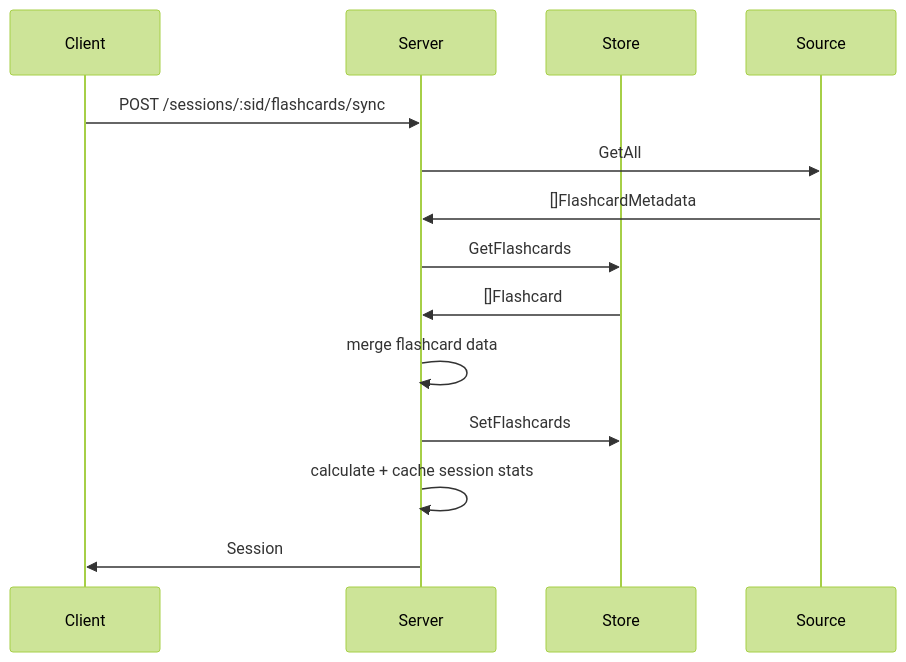
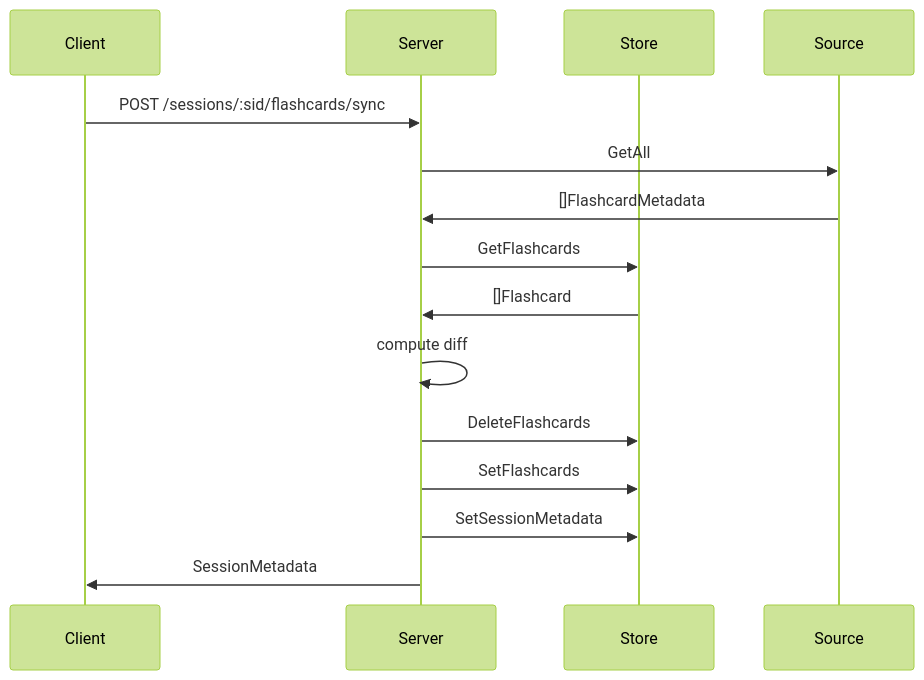
The fourth of 7 diagrams in README.md (lafeingcrokodil/flashcards), drawn with Mermaid (forest theme) before and after one commit. The commit also changed other lines of this file and 9 other files, not shown here.

````diff
--- a/README.md
+++ b/README.md
@@ -123,17 +111,18 @@
 ```mermaid
 sequenceDiagram
     participant Client
     participant Server
     participant Store
     participant Source
 
     Client->>Server: POST /sessions/:sid/flashcards/sync
     Server->>Source: GetAll
     Source->>Server: []FlashcardMetadata
     Server->>Store: GetFlashcards
     Store->>Server: []Flashcard
-    Server->>Server: merge flashcard data
+    Server->>Server: compute diff
+    Server->>Store: DeleteFlashcards
     Server->>Store: SetFlashcards
-    Server->>Server: calculate + cache session stats
-    Server->>Client: Session
+    Server->>Store: SetSessionMetadata
+    Server->>Client: SessionMetadata
 ```
````
